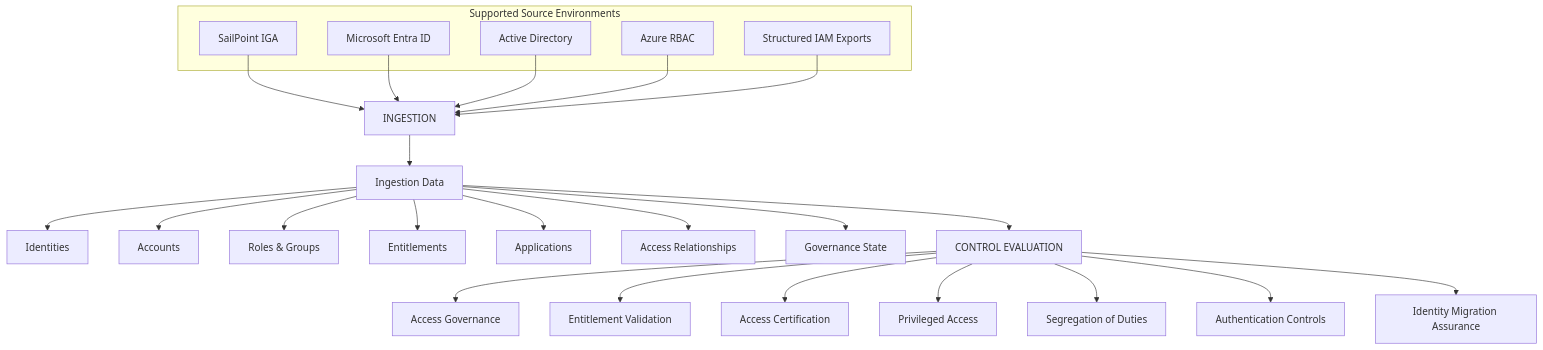
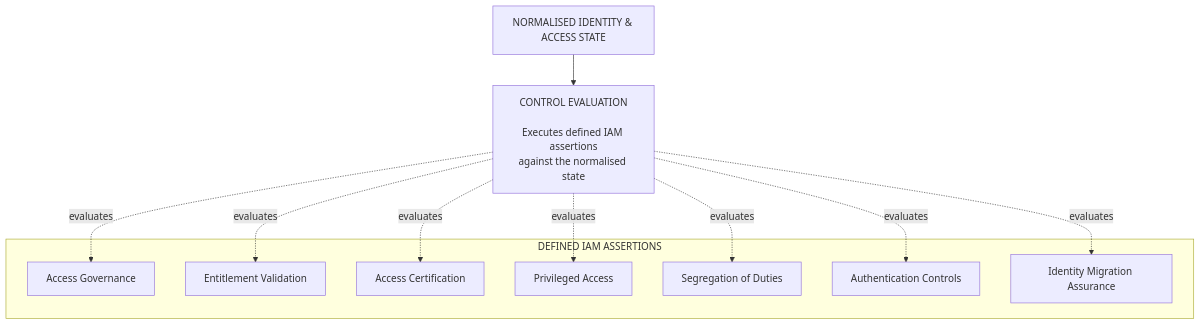
One commit to whatheheckisthis/Intent-to-Auditable-Trust-Object-Index changed the second of 2 diagrams in README.md. Above: the diagram before and after it, drawn with Mermaid. The commit also changed other lines of this file, not shown here.

First line of the commit message:
Revise mermaid diagrams in README.md

````diff
--- a/README.md
+++ b/README.md
@@ -114,42 +160,28 @@
 ```mermaid
 graph TD
 
-    subgraph ENV["Supported Source Environments"]
-        SP["SailPoint IGA"]
-        ENT["Microsoft Entra ID"]
-        AD["Active Directory"]
-        RBAC["Azure RBAC"]
-        EXT["Structured IAM Exports"]
+    STATE["NORMALISED IDENTITY & ACCESS STATE"]
+
+    EVAL["CONTROL EVALUATION<br/><br/>Executes defined IAM assertions<br/>against the normalised state"]
+
+    STATE --> EVAL
+
+    subgraph ASSERTIONS["DEFINED IAM ASSERTIONS"]
+        AG["Access Governance"]
+        EV["Entitlement Validation"]
+        CS["Access Certification"]
+        PA["Privileged Access"]
+        SD["Segregation of Duties"]
+        AU["Authentication Controls"]
+        IM["Identity Migration Assurance"]
     end
 
-    ING["INGESTION"]
-
-    SP --> ING
-    ENT --> ING
-    AD --> ING
-    RBAC --> ING
-    EXT --> ING
-
-    DATA["Ingestion Data"]
-    ING --> DATA
-
-    DATA --> ID["Identities"]
-    DATA --> AC["Accounts"]
-    DATA --> RO["Roles & Groups"]
-    DATA --> EN["Entitlements"]
-    DATA --> AP["Applications"]
-    DATA --> AR["Access Relationships"]
-    DATA --> GV["Governance State"]
-
-    EVAL["CONTROL EVALUATION"]
-    DATA --> EVAL
-
-    EVAL --> AG["Access Governance"]
-    EVAL --> EV["Entitlement Validation"]
-    EVAL --> CS["Access Certification"]
-    EVAL --> PA["Privileged Access"]
-    EVAL --> SD["Segregation of Duties"]
-    EVAL --> AU["Authentication Controls"]
-    EVAL --> IM["Identity Migration Assurance"]
+    EVAL -. "evaluates" .-> AG
+    EVAL -. "evaluates" .-> EV
+    EVAL -. "evaluates" .-> CS
+    EVAL -. "evaluates" .-> PA
+    EVAL -. "evaluates" .-> SD
+    EVAL -. "evaluates" .-> AU
+    EVAL -. "evaluates" .-> IM
 
 ```
````
